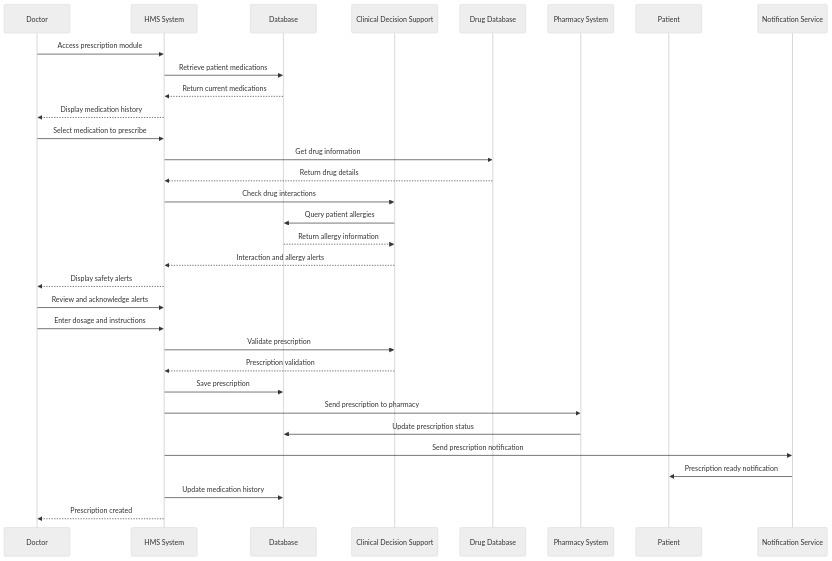
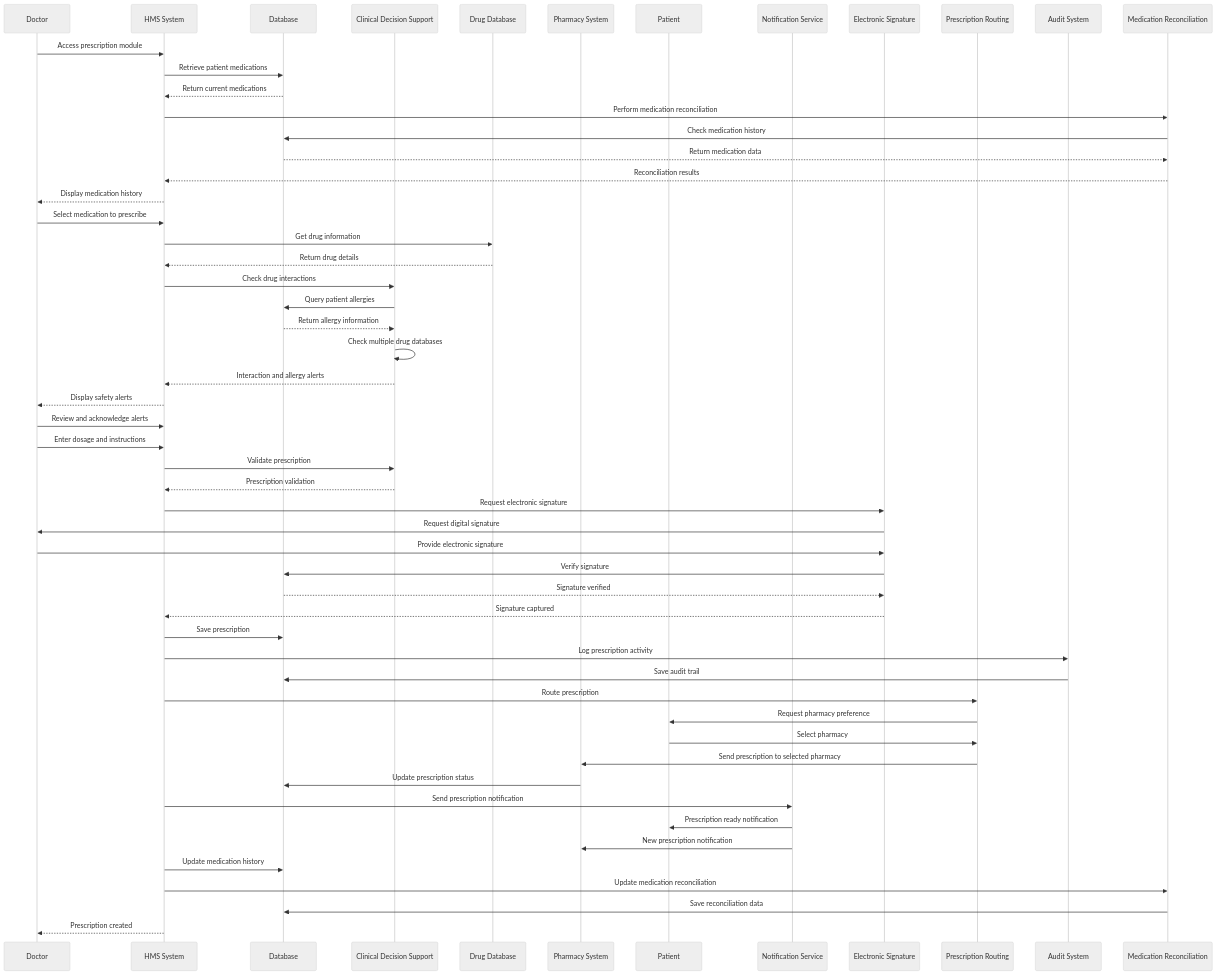
Before and after one commit to harcop/limises: the second of 11 diagrams in sequence-diagrams/clinical-management-sequence.md, drawn with Mermaid (neutral theme). The commit also changed other lines of this file and 16 other files, not shown here.

````diff
--- a/sequence-diagrams/clinical-management-sequence.md
+++ b/sequence-diagrams/clinical-management-sequence.md
@@ -45,35 +71,58 @@
 ```mermaid
 sequenceDiagram
     participant DR as Doctor
     participant HMS as HMS System
     participant DB as Database
     participant CDSS as Clinical Decision Support
     participant DRUG as Drug Database
     participant PHARM as Pharmacy System
     participant P as Patient
     participant NOT as Notification Service
+    participant SIGNATURE as Electronic Signature
+    participant ROUTING as Prescription Routing
+    participant AUDIT as Audit System
+    participant RECONCILE as Medication Reconciliation
 
     DR->>HMS: Access prescription module
     HMS->>DB: Retrieve patient medications
     DB-->>HMS: Return current medications
+    HMS->>RECONCILE: Perform medication reconciliation
+    RECONCILE->>DB: Check medication history
+    DB-->>RECONCILE: Return medication data
+    RECONCILE-->>HMS: Reconciliation results
     HMS-->>DR: Display medication history
     DR->>HMS: Select medication to prescribe
     HMS->>DRUG: Get drug information
     DRUG-->>HMS: Return drug details
     HMS->>CDSS: Check drug interactions
     CDSS->>DB: Query patient allergies
     DB-->>CDSS: Return allergy information
+    CDSS->>CDSS: Check multiple drug databases
     CDSS-->>HMS: Interaction and allergy alerts
     HMS-->>DR: Display safety alerts
     DR->>HMS: Review and acknowledge alerts
     DR->>HMS: Enter dosage and instructions
     HMS->>CDSS: Validate prescription
     CDSS-->>HMS: Prescription validation
+    HMS->>SIGNATURE: Request electronic signature
+    SIGNATURE->>DR: Request digital signature
+    DR->>SIGNATURE: Provide electronic signature
+    SIGNATURE->>DB: Verify signature
+    DB-->>SIGNATURE: Signature verified
+    SIGNATURE-->>HMS: Signature captured
     HMS->>DB: Save prescription
-    HMS->>PHARM: Send prescription to pharmacy
+    HMS->>AUDIT: Log prescription activity
+    AUDIT->>DB: Save audit trail
+    HMS->>ROUTING: Route prescription
+    ROUTING->>P: Request pharmacy preference
+    P->>ROUTING: Select pharmacy
+    ROUTING->>PHARM: Send prescription to selected pharmacy
     PHARM->>DB: Update prescription status
     HMS->>NOT: Send prescription notification
     NOT->>P: Prescription ready notification
+    NOT->>PHARM: New prescription notification
     HMS->>DB: Update medication history
+    HMS->>RECONCILE: Update medication reconciliation
+    RECONCILE->>DB: Save reconciliation data
     HMS-->>DR: Prescription created
 ```
````
